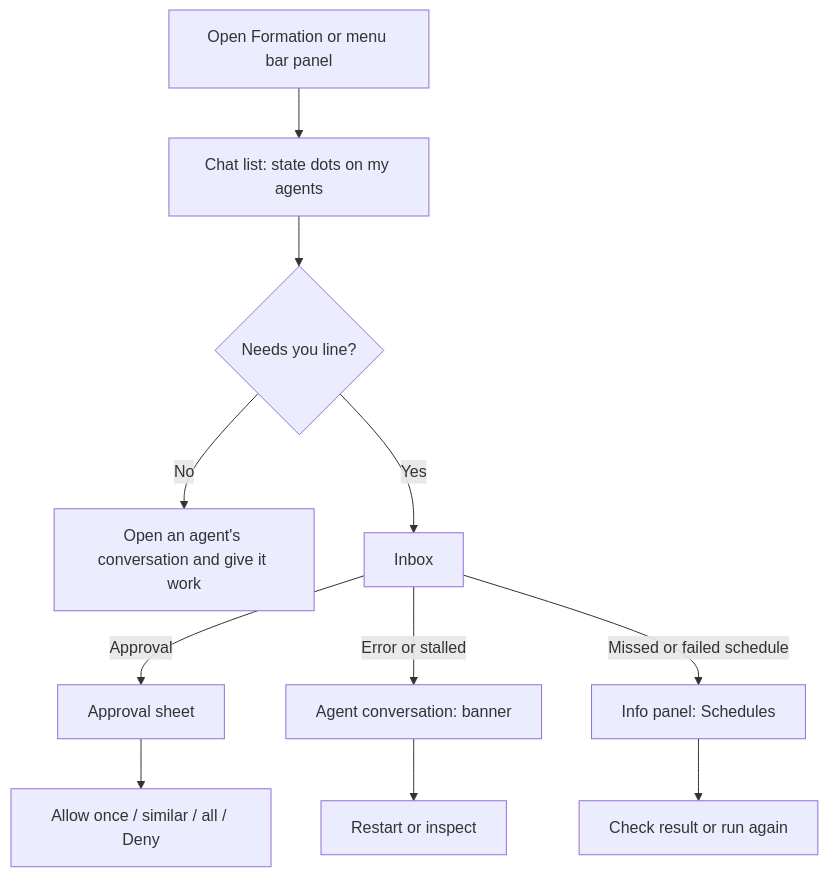
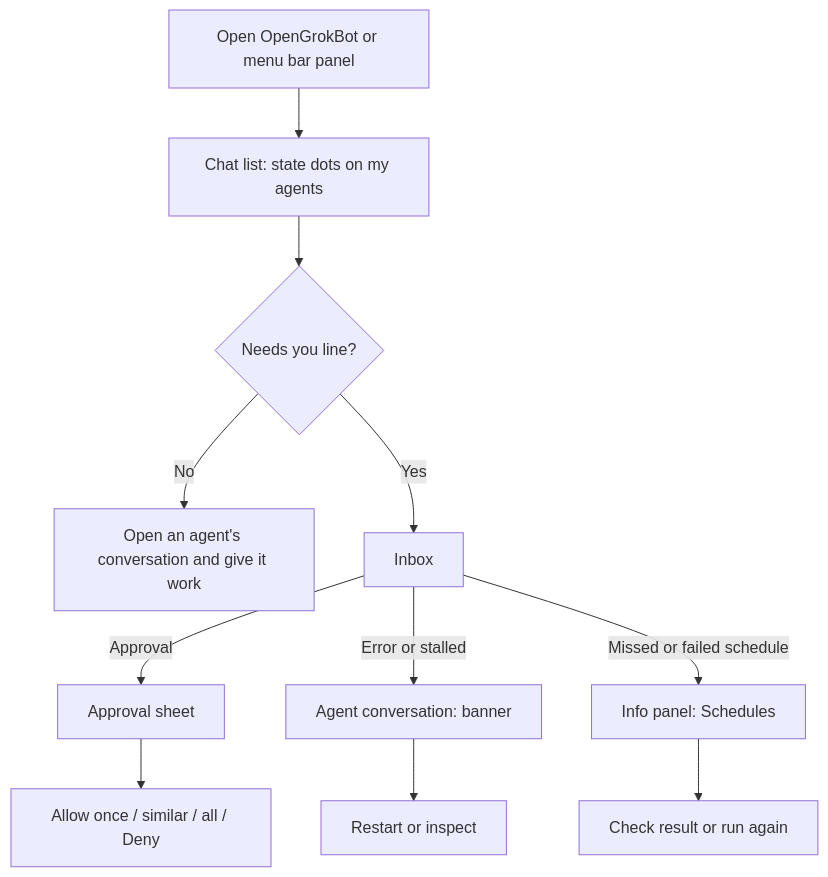
One commit to callmejustdodo/OpenGrokBot changed the second of 7 diagrams in documentations/3_screen_list_and_user_flows.md. Above: the diagram before and after it, drawn with Mermaid. The commit also changed other lines of this file and 42 other files, not shown here.

First line of the commit message:
chore(brand): show the product as OpenGrokBot wherever users see its name (#142)

````diff
--- a/documentations/3_screen_list_and_user_flows.md
+++ b/documentations/3_screen_list_and_user_flows.md
@@ -196,10 +196,10 @@
 ```mermaid
 flowchart TD
-  A[Open Formation or menu bar panel] --> B[Chat list: state dots on my agents]
+  A[Open OpenGrokBot or menu bar panel] --> B[Chat list: state dots on my agents]
   B --> C{Needs you line?}
   C -- No --> D[Open an agent's conversation and give it work]
   C -- Yes --> E[Inbox]
   E -- Approval --> F[Approval sheet] --> G[Allow once / similar / all / Deny]
   E -- Error or stalled --> H[Agent conversation: banner] --> I[Restart or inspect]
   E -- Missed or failed schedule --> J[Info panel: Schedules] --> K[Check result or run again]
 ```
````
